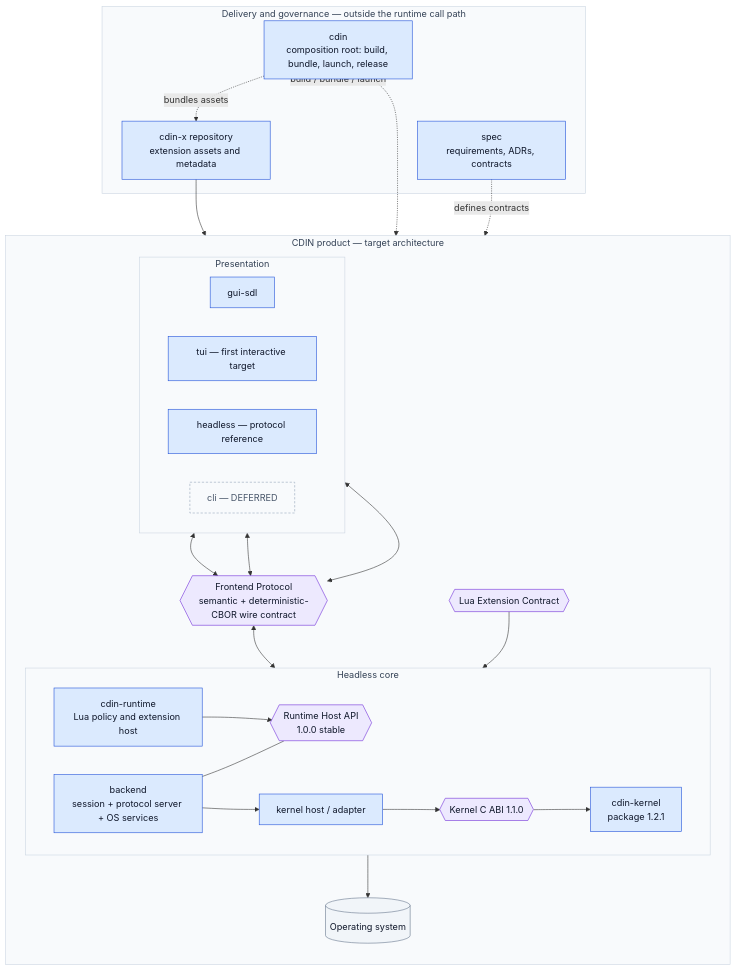
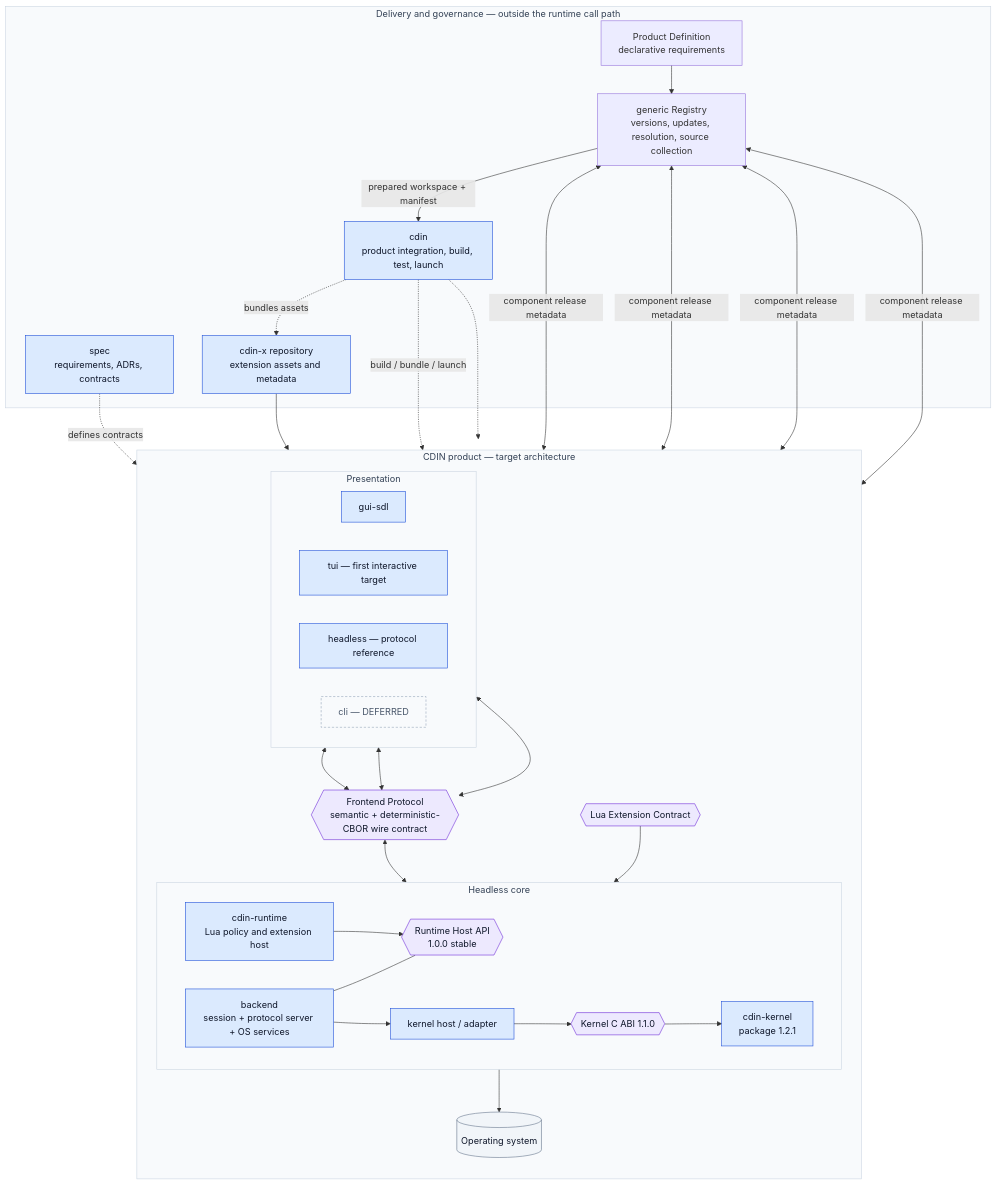
Before and after one commit to cdin-editor/spec: the diagram in docs/architecture/overview.md, drawn with Mermaid.

Commit message:
docs(spec): align delivery diagrams and changelog

````diff
--- a/docs/architecture/overview.md
+++ b/docs/architecture/overview.md
@@ -27,57 +27,65 @@
 ```mermaid
 flowchart TB
     subgraph DELIVERY["Delivery and governance — outside the runtime call path"]
-        ROOT["cdin<br/>composition root: build, bundle, launch, release"]
+        ROOT["cdin<br/>product integration, build, test, launch"]
+        PD["Product Definition<br/>declarative requirements"]
+        REG["generic Registry<br/>versions, updates, resolution, source collection"]
         SPEC["spec<br/>requirements, ADRs, contracts"]
         XREPO["cdin-x repository<br/>extension assets and metadata"]
     end
 
     subgraph TARGET["CDIN product — target architecture"]
         direction TB
         subgraph UI["Presentation"]
             direction LR
             GUI["gui-sdl"]
             TUI["tui — first interactive target"]
             HL["headless — protocol reference"]
             CLI["cli — DEFERRED"]
         end
         FP{{"Frontend Protocol<br/>semantic + deterministic-CBOR wire contract"}}
         subgraph CORE["Headless core"]
             direction LR
             BE["backend<br/>session + protocol server + OS services"]
             RHA{{"Runtime Host API<br/>1.0.0 stable"}}
             RT["cdin-runtime<br/>Lua policy and extension host"]
             KH["kernel host / adapter"]
             ABI{{"Kernel C ABI 1.1.0"}}
             K["cdin-kernel<br/>package 1.2.1"]
         end
         EXT{{"Lua Extension Contract"}}
         OS[("Operating system")]
     end
 
     GUI <--> FP
     TUI <--> FP
     HL <--> FP
     FP <--> BE
     RT --> RHA
     BE --- RHA
     BE --> KH --> ABI --> K
     XREPO --> EXT --> RT
     BE --> OS
+    PD --> REG
+    REG -->|"prepared workspace + manifest"| ROOT
+    REG <-->|"component release metadata"| K
+    REG <-->|"component release metadata"| RT
+    REG <-->|"component release metadata"| BE
+    REG <-->|"component release metadata"| GUI
     ROOT -. "build / bundle / launch" .-> UI
     ROOT -.-> CORE
     ROOT -. "bundles assets" .-> XREPO
     SPEC -. "defines contracts" .-> TARGET
 
     classDef component fill:#dbeafe,stroke:#1d4ed8,color:#0f172a
     classDef contract fill:#ede9fe,stroke:#6d28d9,color:#0f172a
     classDef external fill:#f1f5f9,stroke:#64748b,color:#0f172a
     classDef group fill:#f8fafc,stroke:#cbd5e1,color:#334155
     classDef deferred fill:#f8fafc,stroke:#94a3b8,color:#475569,stroke-dasharray:4 3
     class ROOT,SPEC,XREPO,GUI,TUI,HL,BE,RT,KH,K component
     class FP,RHA,ABI,EXT contract
     class OS external
     class TUI component
     class CLI deferred
     class DELIVERY,UI,CORE,TARGET group
 ```
````
